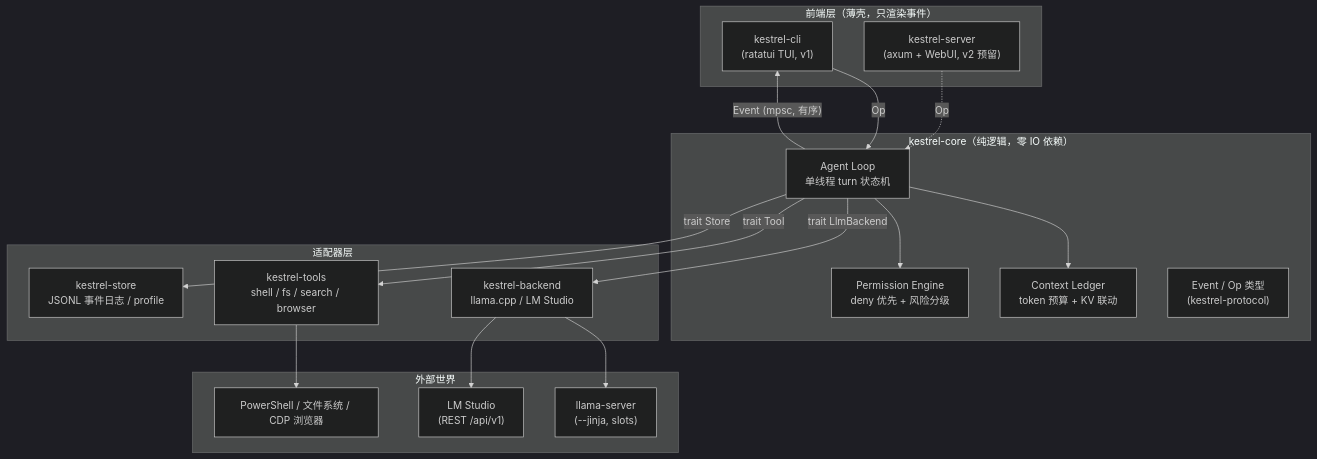
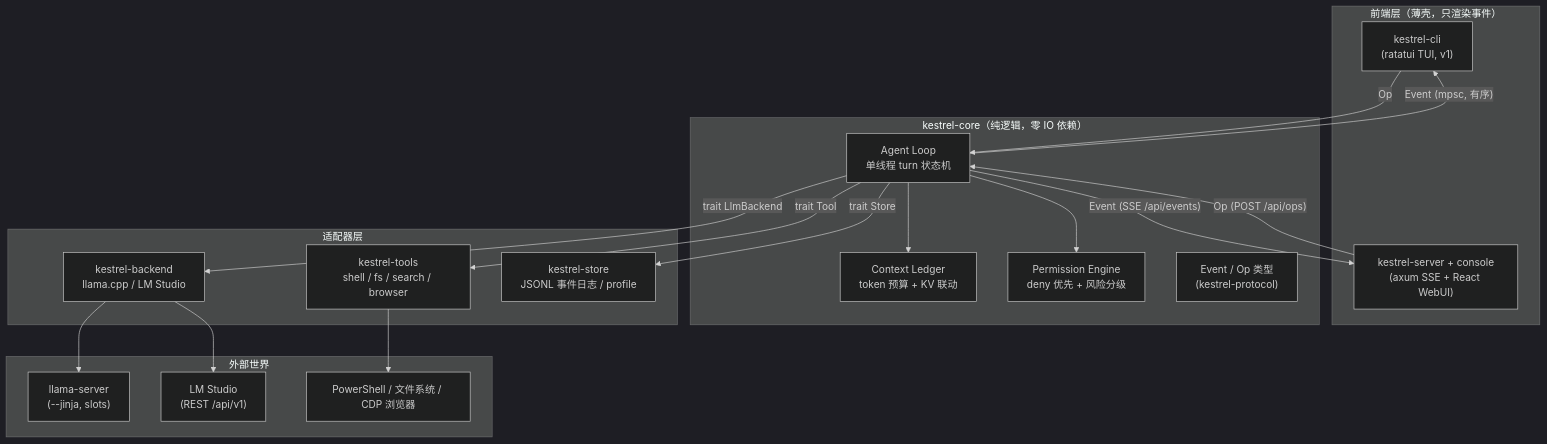
The diagram in docs/architecture.md (FPSZ/kestrel), drawn with Mermaid (dark theme) before and after one commit. The commit also changed other lines of this file and 27 other files, not shown here.

First line of the commit message:
feat(webui): live browser console over SSE (WebUI v1 T0)

````diff
--- a/docs/architecture.md
+++ b/docs/architecture.md
@@ -121,38 +121,39 @@
 ```mermaid
 graph TB
     subgraph frontends["前端层（薄壳，只渲染事件）"]
         CLI["kestrel-cli<br/>(ratatui TUI, v1)"]
-        WEB["kestrel-server<br/>(axum + WebUI, v2 预留)"]
+        WEB["kestrel-server + console<br/>(axum SSE + React WebUI)"]
     end
 
     subgraph core["kestrel-core（纯逻辑，零 IO 依赖）"]
         LOOP["Agent Loop<br/>单线程 turn 状态机"]
         CTX["Context Ledger<br/>token 预算 + KV 联动"]
         PERM["Permission Engine<br/>deny 优先 + 风险分级"]
         PROTO["Event / Op 类型<br/>(kestrel-protocol)"]
     end
 
     subgraph adapters["适配器层"]
         BACKEND["kestrel-backend<br/>llama.cpp / LM Studio"]
         TOOLS["kestrel-tools<br/>shell / fs / search / browser"]
         STORE["kestrel-store<br/>JSONL 事件日志 / profile"]
     end
 
     subgraph external["外部世界"]
         LLAMA["llama-server<br/>(--jinja, slots)"]
         LMS["LM Studio<br/>(REST /api/v1)"]
         OS["PowerShell / 文件系统 / CDP 浏览器"]
     end
 
     CLI -->|Op| LOOP
-    WEB -.->|Op| LOOP
+    WEB -->|"Op (POST /api/ops)"| LOOP
     LOOP -->|"Event (mpsc, 有序)"| CLI
+    LOOP -->|"Event (SSE /api/events)"| WEB
     LOOP --> CTX
     LOOP --> PERM
     LOOP -->|trait LlmBackend| BACKEND
     LOOP -->|trait Tool| TOOLS
     LOOP -->|trait Store| STORE
     BACKEND --> LLAMA
     BACKEND --> LMS
     TOOLS --> OS
 ```
````
